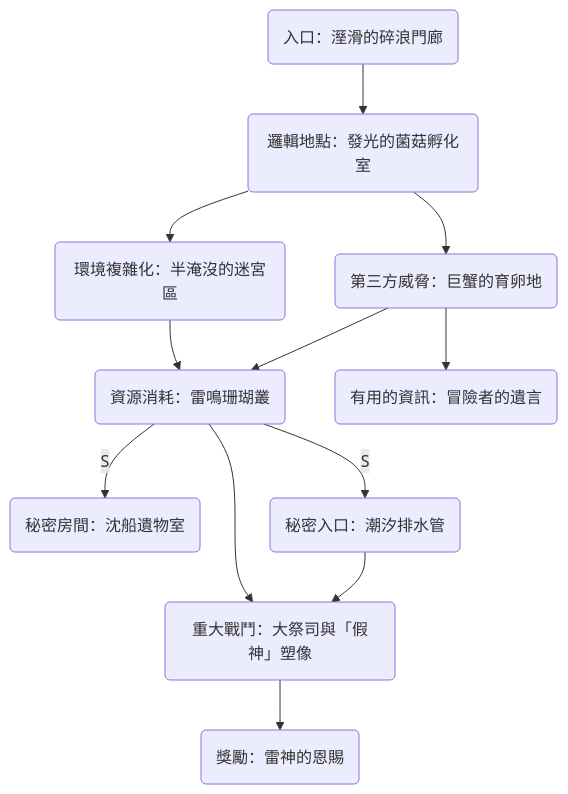
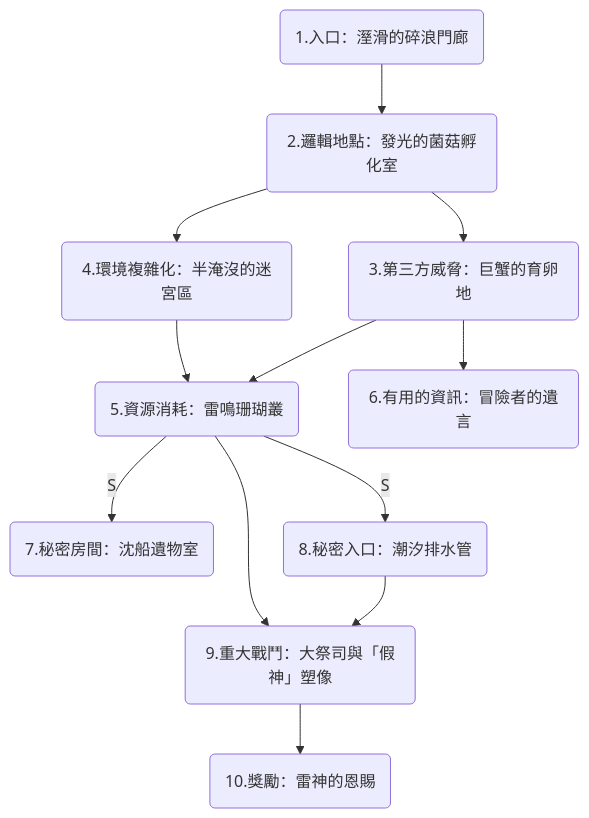
Before and after one commit to TzuoYeah/WorldBuliding: the diagram in docs/dungeon/small/海蝕洞.md, drawn with Mermaid. The commit also changed 6 other files, not shown here.

````diff
--- a/docs/dungeon/small/海蝕洞.md
+++ b/docs/dungeon/small/海蝕洞.md
@@ -16,25 +16,25 @@
 ```mermaid
 graph TD
-    room1(入口：溼滑的碎浪門廊)
-    room2(邏輯地點：發光的菌菇孵化室)
-    room3(第三方威脅：巨蟹的育卵地)
-    room4(環境複雜化：半淹沒的迷宮區)
-    room5(資源消耗：雷鳴珊瑚叢)
-    room6(有用的資訊：冒險者的遺言)
-    room7(秘密房間：沈船遺物室)
-    room8(秘密入口：潮汐排水管)
-    room9(重大戰鬥：大祭司與「假神」塑像)
-    room10(獎勵：雷神的恩賜)
+    room1(1.入口：溼滑的碎浪門廊)
+    room2(2.邏輯地點：發光的菌菇孵化室)
+    room3(3.第三方威脅：巨蟹的育卵地)
+    room4(4.環境複雜化：半淹沒的迷宮區)
+    room5(5.資源消耗：雷鳴珊瑚叢)
+    room6(6.有用的資訊：冒險者的遺言)
+    room7(7.秘密房間：沈船遺物室)
+    room8(8.秘密入口：潮汐排水管)
+    room9(9.重大戰鬥：大祭司與「假神」塑像)
+    room10(10.獎勵：雷神的恩賜)
 
     room1 --> room2
     room2 --> room3
     room2 --> room4
     room3 --> room5
     room4 --> room5
     room3 --> room6
     room5 --"S"--> room7
     room5 --"S"--> room8
     room8 --> room9
     room5 --> room9
     room9 --> room10
 ```
````
